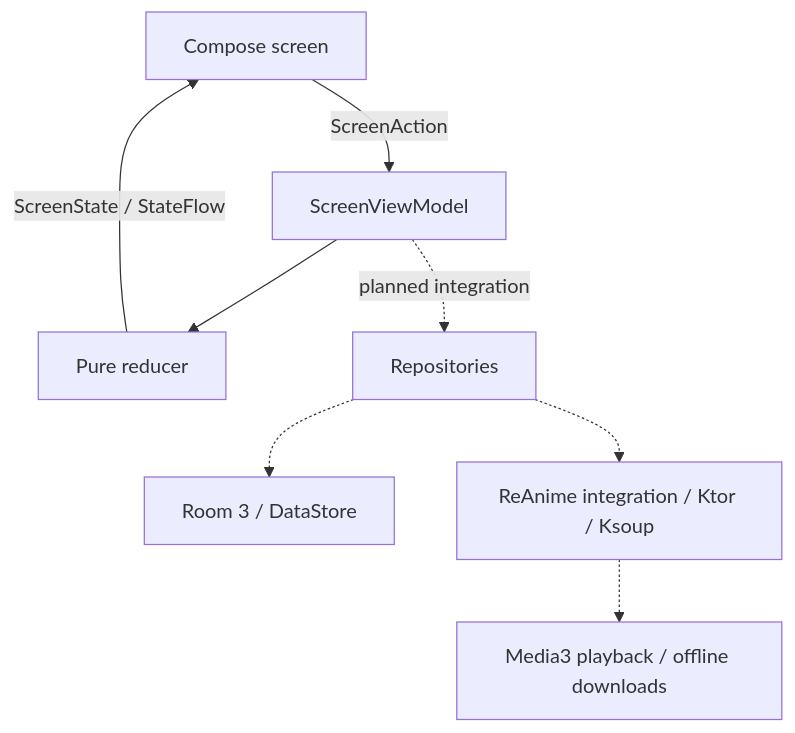
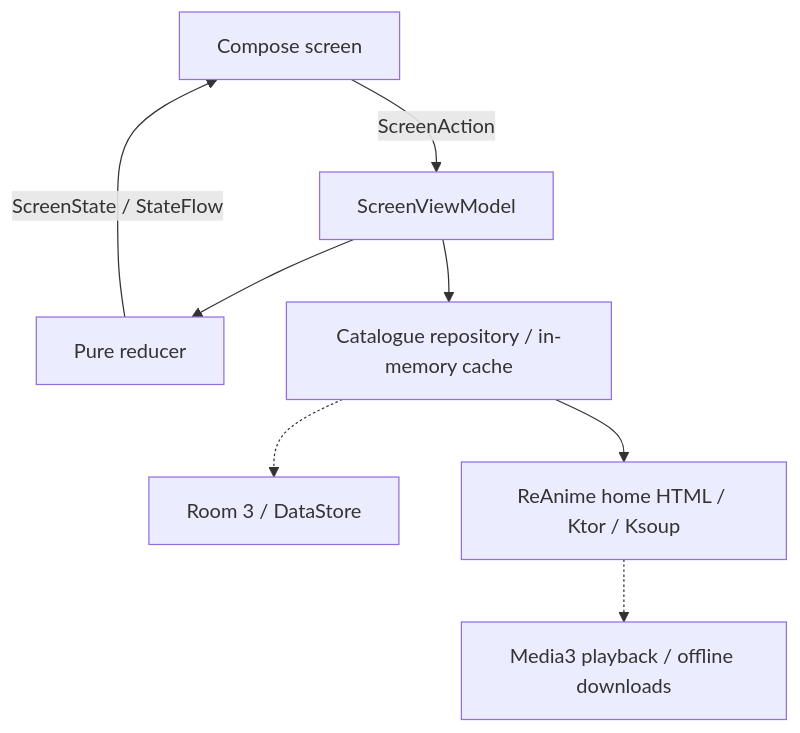
Before and after one commit to Act-Aks/reanime: the diagram in README.md, drawn with Mermaid. The commit also changed other lines of this file and 35 other files, not shown here.

First line of the commit message:
feat(catalogue): integrate native ReAnime home browsing (#7)

````diff
--- a/README.md
+++ b/README.md
@@ -124,10 +151,10 @@
 ```mermaid
 flowchart TD
     UI[Compose screen] -->|ScreenAction| VM[ScreenViewModel]
     VM --> R[Pure reducer]
     R -->|ScreenState / StateFlow| UI
-    VM -. planned integration .-> Repo[Repositories]
+    VM --> Repo[Catalogue repository / in-memory cache]
     Repo -.-> Local[Room 3 / DataStore]
-    Repo -.-> Source[ReAnime integration / Ktor / Ksoup]
+    Repo --> Source[ReAnime home HTML / Ktor / Ksoup]
     Source -.-> Media[Media3 playback / offline downloads]
 ```
````
